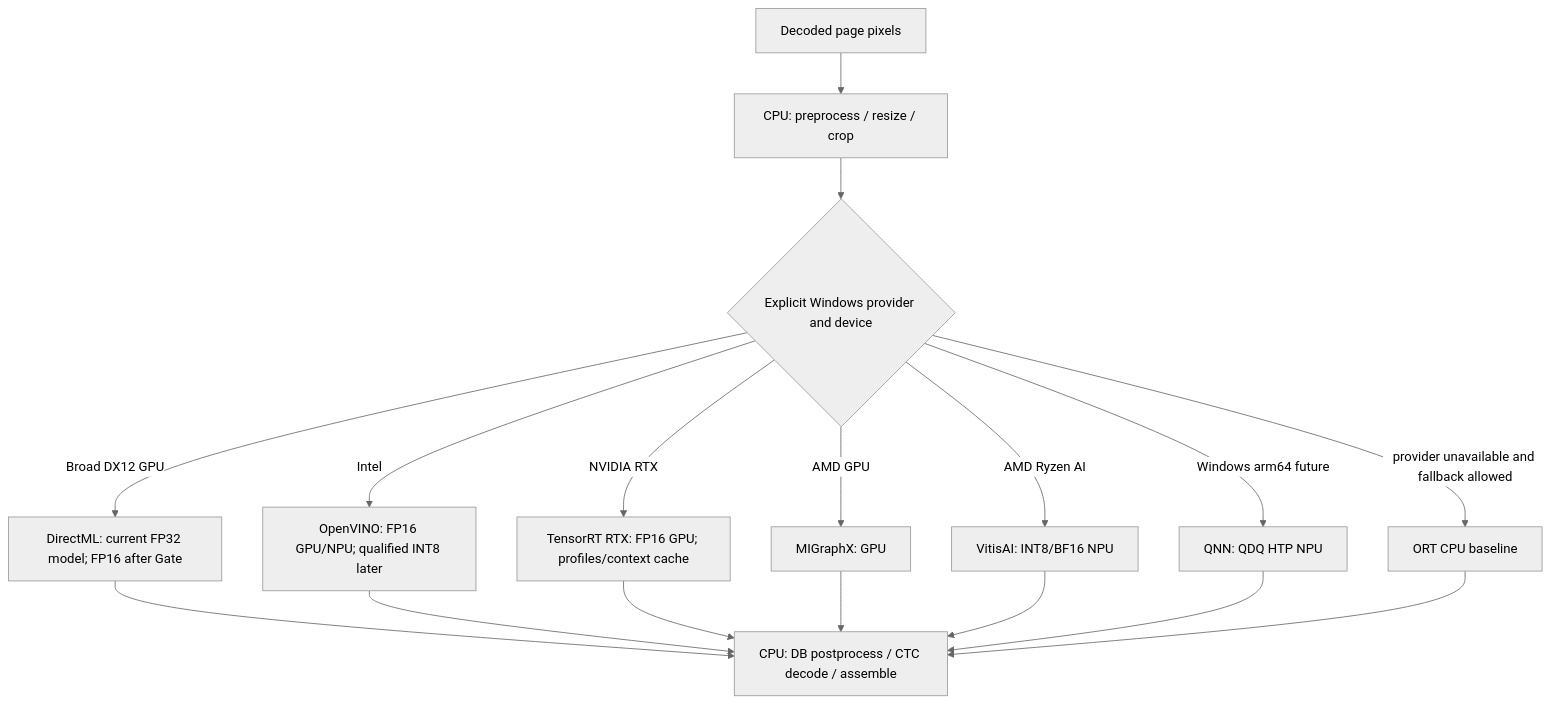
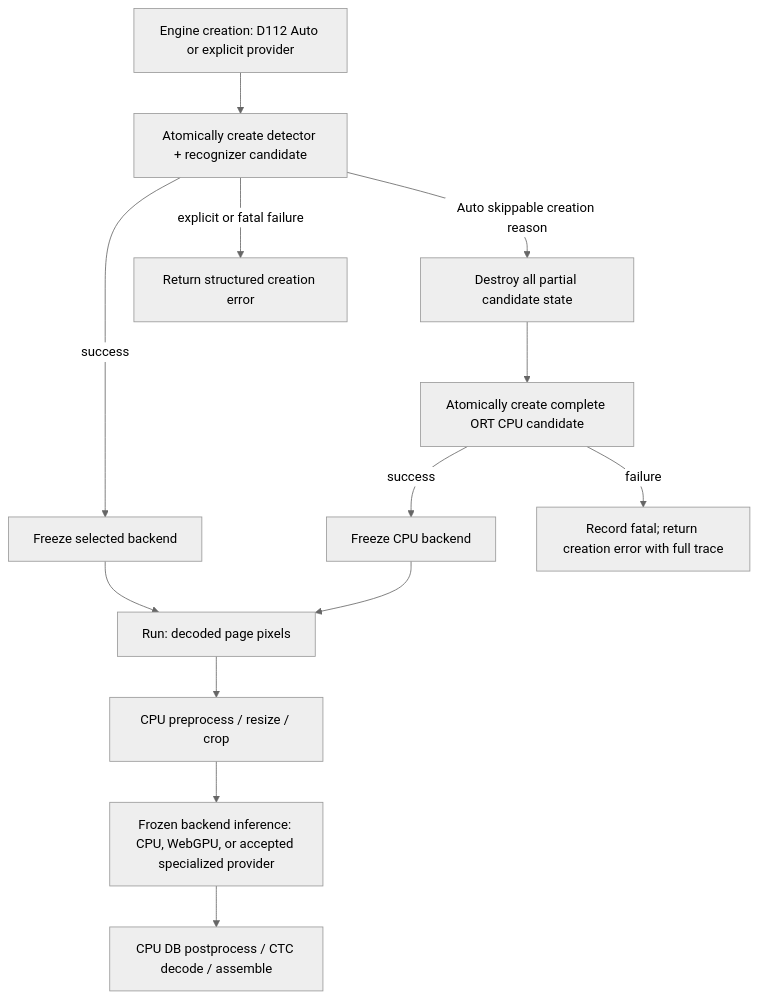
One commit to arcships/light-ocr changed the diagram in docs/windows-device-acceleration.md. Above: the diagram before and after it, drawn with Mermaid (neutral theme). The commit also changed other lines of this file and 364 other files, not shown here.

First line of the commit message:
星桥贯双境，光算入原生 · Complete native WebGPU integration (#11)

````diff
--- a/docs/windows-device-acceleration.md
+++ b/docs/windows-device-acceleration.md
@@ -41,19 +40,16 @@
 ```mermaid
 flowchart TD
-    Input["Decoded page pixels"] --> CPUPre["CPU: preprocess / resize / crop"]
-    CPUPre --> Select{"Explicit Windows provider and device"}
-    Select -->|"Broad DX12 GPU"| DML["DirectML: current FP32 model; FP16 after Gate"]
-    Select -->|"Intel"| OV["OpenVINO: FP16 GPU/NPU; qualified INT8 later"]
-    Select -->|"NVIDIA RTX"| TRT["TensorRT RTX: FP16 GPU; profiles/context cache"]
-    Select -->|"AMD GPU"| MGX["MIGraphX: GPU"]
-    Select -->|"AMD Ryzen AI"| VAI["VitisAI: INT8/BF16 NPU"]
-    Select -->|"Windows arm64 future"| QNN["QNN: QDQ HTP NPU"]
-    Select -->|"provider unavailable and fallback allowed"| CPU["ORT CPU baseline"]
-    DML --> CPUPost["CPU: DB postprocess / CTC decode / assemble"]
-    OV --> CPUPost
-    TRT --> CPUPost
-    MGX --> CPUPost
-    VAI --> CPUPost
-    QNN --> CPUPost
-    CPU --> CPUPost
+    Create["Engine creation: D112 Auto or explicit provider"] --> Candidate["Atomically create detector + recognizer candidate"]
+    Candidate -->|"success"| Freeze["Freeze selected backend"]
+    Candidate -->|"Auto skippable creation reason"| Destroy["Destroy all partial candidate state"]
+    Candidate -->|"explicit or fatal failure"| Fail["Return structured creation error"]
+    Destroy --> CPUCreate["Atomically create complete ORT CPU candidate"]
+    CPUCreate -->|"success"| FreezeCPU["Freeze CPU backend"]
+    CPUCreate -->|"failure"| Exhausted["Record fatal; return creation error with full trace"]
+
+    Freeze --> Input["Run: decoded page pixels"]
+    FreezeCPU --> Input
+    Input --> CPUPre["CPU preprocess / resize / crop"]
+    CPUPre --> Inference["Frozen backend inference: CPU, WebGPU, or accepted specialized provider"]
+    Inference --> CPUPost["CPU DB postprocess / CTC decode / assemble"]
 ```
````
